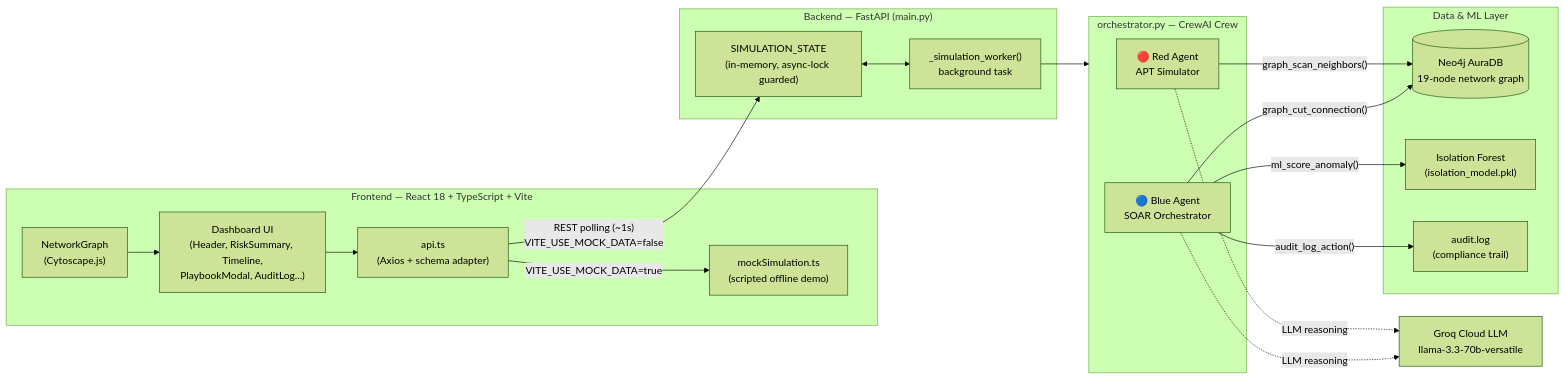
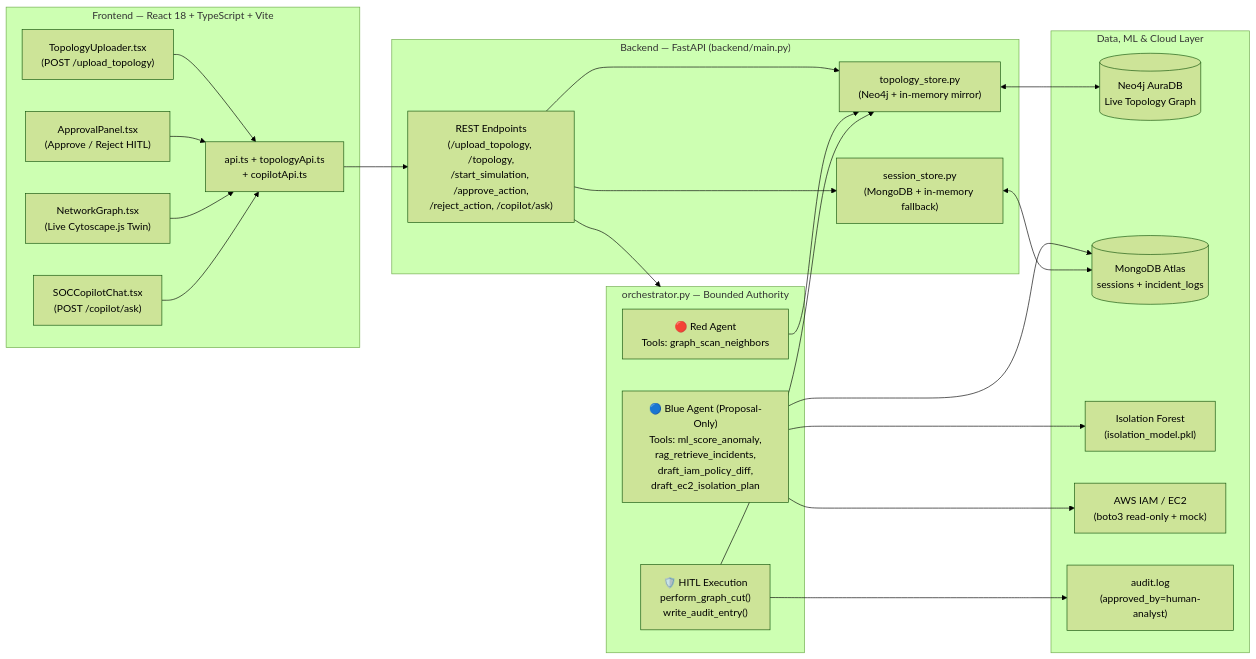
The first of 3 diagrams in README.md (thestethoguy/Project_Chronos), drawn with Mermaid (forest theme) before and after one commit. The commit also changed other lines of this file and 65 other files, not shown here.

Commit message:
feat(phase-2): integrate custom topology upload, MongoDB persistence, RAG pipeline, HITL approval gate, AWS remediation tools, and SOC Copilot

````diff
--- a/README.md
+++ b/README.md
@@ -72,40 +57,40 @@
 ```mermaid
 flowchart LR
     subgraph FE["Frontend — React 18 + TypeScript + Vite"]
-        UI["Dashboard UI\n(Header, RiskSummary, Timeline,\nPlaybookModal, AuditLog...)"]
-        CYTO["NetworkGraph\n(Cytoscape.js)"]
-        SVC["api.ts\n(Axios + schema adapter)"]
-        MOCK["mockSimulation.ts\n(scripted offline demo)"]
+        UP["TopologyUploader.tsx\n(POST /upload_topology)"]
+        AP["ApprovalPanel.tsx\n(Approve / Reject HITL)"]
+        CYTO["NetworkGraph.tsx\n(Live Cytoscape.js Twin)"]
+        COP["SOCCopilotChat.tsx\n(POST /copilot/ask)"]
+        SVC["api.ts + topologyApi.ts\n+ copilotApi.ts"]
     end
 
-    subgraph BE["Backend — FastAPI (main.py)"]
-        STATE["SIMULATION_STATE\n(in-memory, async-lock guarded)"]
-        WORKER["_simulation_worker()\nbackground task"]
+    subgraph BE["Backend — FastAPI (backend/main.py)"]
+        ROUTES["REST Endpoints\n(/upload_topology, /topology,\n/start_simulation, /approve_action,\n/reject_action, /copilot/ask)"]
+        SESS["session_store.py\n(MongoDB + in-memory fallback)"]
+        TOPO["topology_store.py\n(Neo4j + in-memory mirror)"]
     end
 
-    subgraph ORCH["orchestrator.py — CrewAI Crew"]
-        RED["🔴 Red Agent\nAPT Simulator"]
-        BLUE["🔵 Blue Agent\nSOAR Orchestrator"]
+    subgraph ORCH["orchestrator.py — Bounded Authority"]
+        RED["🔴 Red Agent\nTools: graph_scan_neighbors"]
+        BLUE["🔵 Blue Agent (Proposal-Only)\nTools: ml_score_anomaly,\nrag_retrieve_incidents,\ndraft_iam_policy_diff,\ndraft_ec2_isolation_plan"]
+        HITL["🛡️ HITL Execution\nperform_graph_cut()\nwrite_audit_entry()"]
     end
 
-    subgraph DATA["Data & ML Layer"]
-        NEO[("Neo4j AuraDB\n19-node network graph")]
+    subgraph DATA["Data, ML & Cloud Layer"]
+        NEO[("Neo4j AuraDB\nLive Topology Graph")]
+        MONGO[("MongoDB Atlas\nsessions + incident_logs")]
         ML["Isolation Forest\n(isolation_model.pkl)"]
-        LOG["audit.log\n(compliance trail)"]
+        AWS["AWS IAM / EC2\n(boto3 read-only + mock)"]
+        LOG["audit.log\n(approved_by=human-analyst)"]
     end
 
-    GROQ["Groq Cloud LLM\nllama-3.3-70b-versatile"]
-
-    UI --> SVC
-    CYTO --> UI
-    SVC -- "VITE_USE_MOCK_DATA=true" --> MOCK
-    SVC -- "REST polling (~1s)\nVITE_USE_MOCK_DATA=false" --> STATE
-    STATE <--> WORKER
-    WORKER --> ORCH
-    RED -- "graph_scan_neighbors()" --> NEO
-    BLUE -- "graph_cut_connection()" --> NEO
-    BLUE -- "ml_score_anomaly()" --> ML
-    BLUE -- "audit_log_action()" --> LOG
-    RED -. "LLM reasoning" .-> GROQ
-    BLUE -. "LLM reasoning" .-> GROQ
+    UP & AP & CYTO & COP --> SVC
+    SVC --> ROUTES
+    ROUTES --> SESS & TOPO
+    ROUTES --> ORCH
+    RED --> TOPO
+    BLUE --> ML & MONGO & AWS
+    HITL --> TOPO & LOG
+    TOPO <--> NEO
+    SESS <--> MONGO
 ```
````
